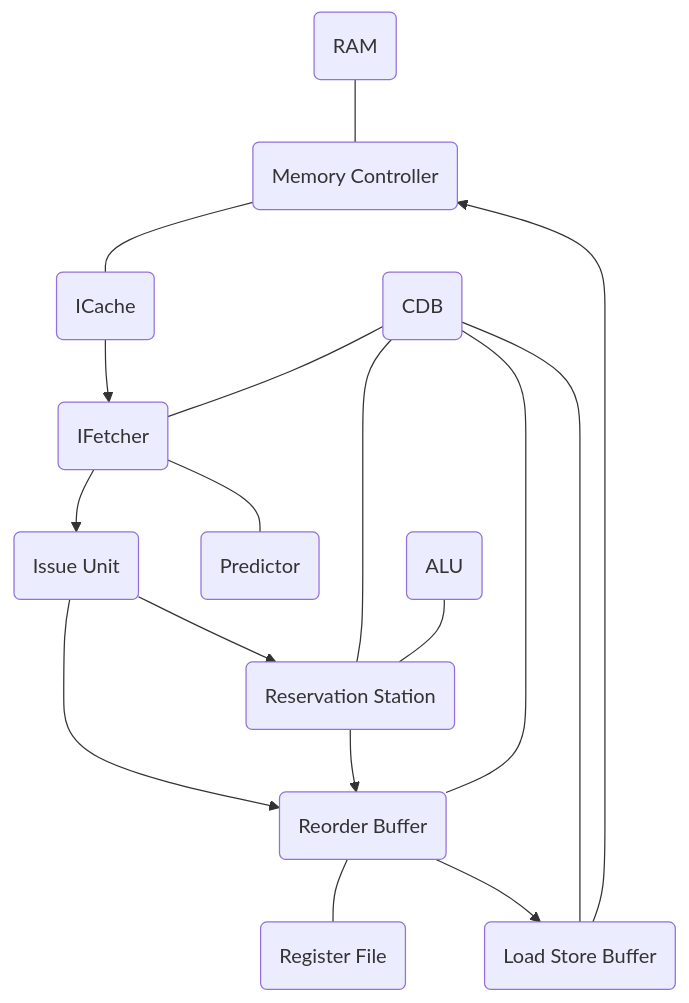
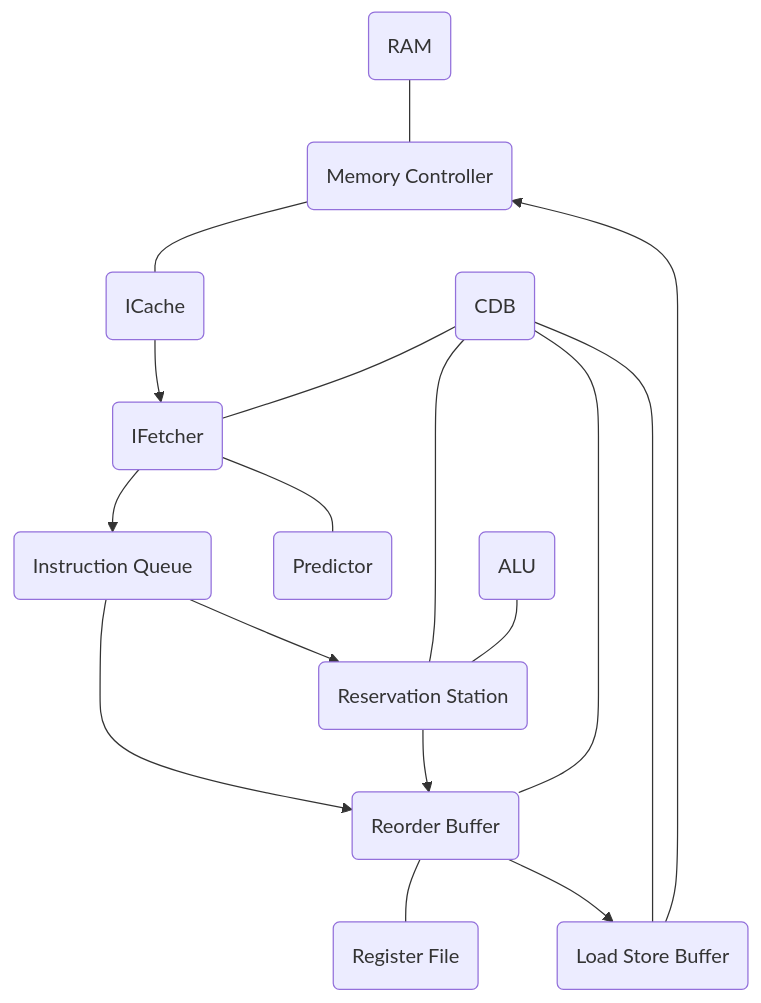
The diagram in README.md (HenryHe0123/RISC-V-CPU), drawn with Mermaid before and after one commit. The commit also changed 5 other files, not shown here.

````diff
--- a/README.md
+++ b/README.md
@@ -7,19 +7,19 @@
 ```mermaid
 flowchart TD
     A(RAM) --- B(Memory Controller)
     B --- C(ICache)
     C --> D(IFetcher) 
-    D --> E(Issue Unit)
+    D --> E(Instruction Queue)
     D --- L(Predictor)
     E --> F(Reservation Station)
     E --> G(Reorder Buffer)
     F --> G
     G --- H(Register File)
     G --> I(Load Store Buffer)
     I --> B
     J(CDB) --- G
     J --- F 
     J --- D 
     J --- I
     K(ALU) --- F
 ```
````
